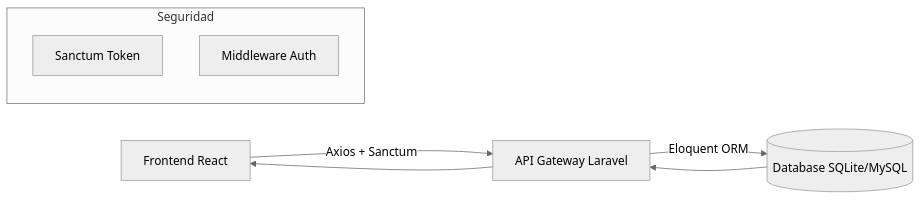
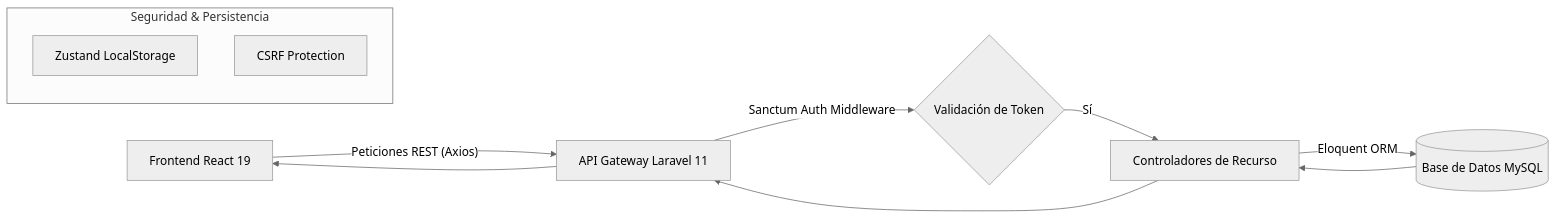
The diagram in README.md (JosephCC123/GERENCIALES-SISTEMA), drawn with Mermaid (neutral theme) before and after one commit. The commit also changed other lines of this file, not shown here.

Commit message:
docs: correct database architecture in README (SQLite -> MySQL) and expand technical stack details

````diff
--- a/README.md
+++ b/README.md
@@ -21,11 +21,14 @@
 ```mermaid
 graph LR
-    A[Frontend React] -- Axios + Sanctum --> B[API Gateway Laravel]
-    B -- Eloquent ORM --> C[(Database SQLite/MySQL)]
-    C --> B
+    A[Frontend React 19] -- Peticiones REST (Axios) --> B[API Gateway Laravel 11]
+    B -- Sanctum Auth Middleware --> C{Validación de Token}
+    C -- Sí --> D[Controladores de Recurso]
+    D -- Eloquent ORM --> E[(Base de Datos MySQL)]
+    E --> D
+    D --> B
     B --> A
-    subgraph "Seguridad"
-    D[Sanctum Token]
-    E[Middleware Auth]
+    subgraph "Seguridad & Persistencia"
+    F[Zustand LocalStorage]
+    G[CSRF Protection]
     end
 ```
````
